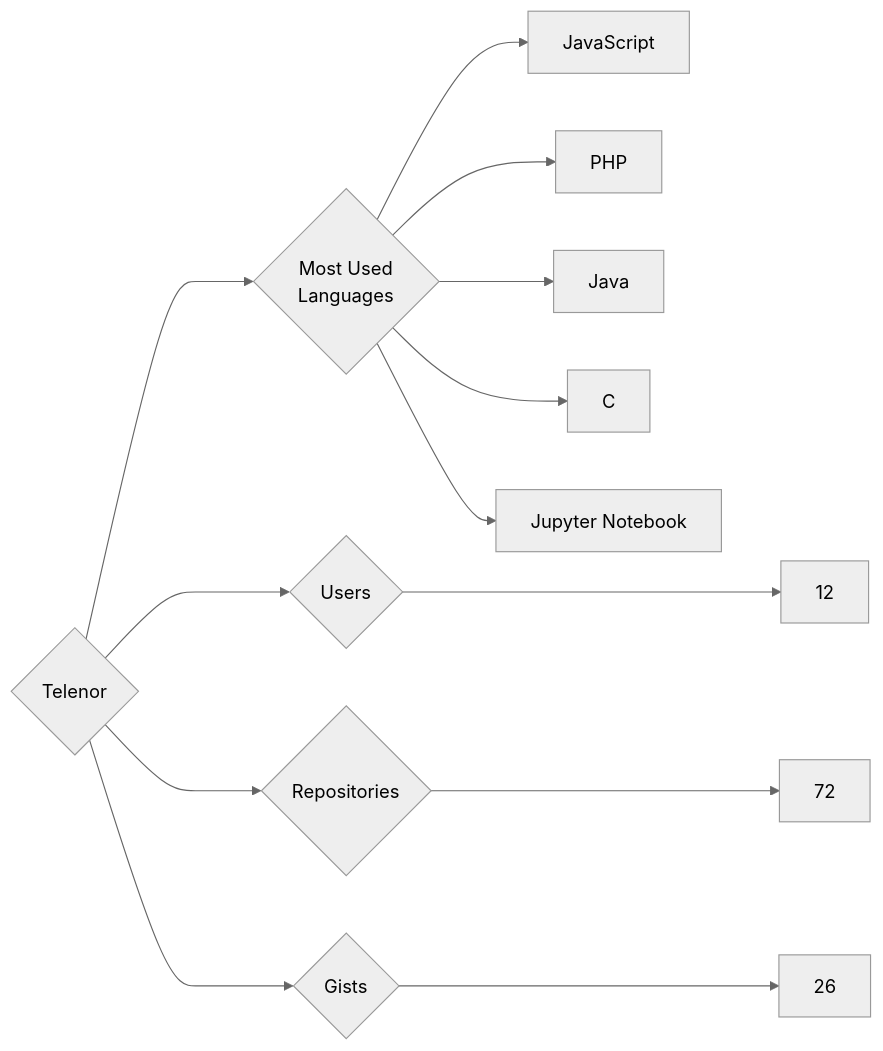
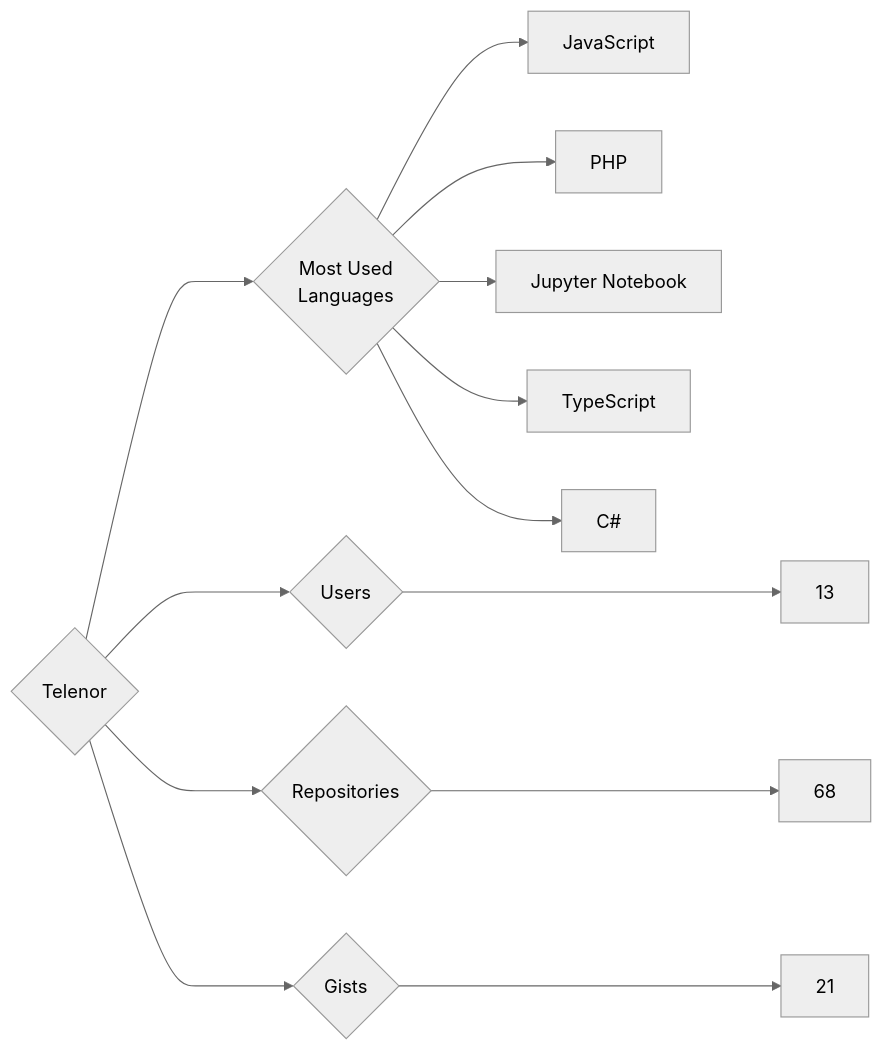
One commit to trickest/insiders changed the diagram in targets/Telenor/README.md. Above: the diagram before and after it, drawn with Mermaid (neutral theme). The commit also changed 993 other files, not shown here.

````diff
--- a/targets/Telenor/README.md
+++ b/targets/Telenor/README.md
@@ -3,13 +3,13 @@
 ```mermaid
 graph LR
 COMPANY_NAME{Telenor}
-COMPANY_NAME ---> U{Users} ---> UN[12]
-COMPANY_NAME ---> R{Repositories} ---> RN[72]
-COMPANY_NAME ---> G{Gists} ---> GN[26]
+COMPANY_NAME ---> U{Users} ---> UN[13]
+COMPANY_NAME ---> R{Repositories} ---> RN[68]
+COMPANY_NAME ---> G{Gists} ---> GN[21]
 COMPANY_NAME ---> ML{Most Used<br>Languages}
 ML --> JavaScript[JavaScript]
 ML --> PHP[PHP]
-ML --> Java[Java]
-ML --> C[C]
 ML --> Jupyter_Notebook[Jupyter Notebook]
+ML --> TypeScript[TypeScript]
+ML --> C#[C#]
 ```
````
